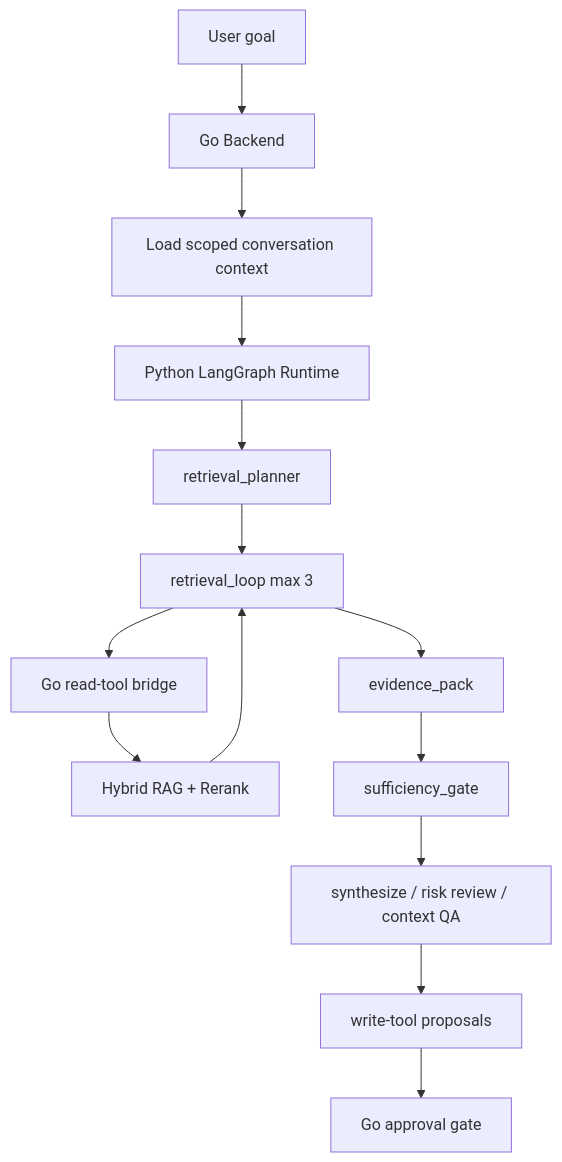
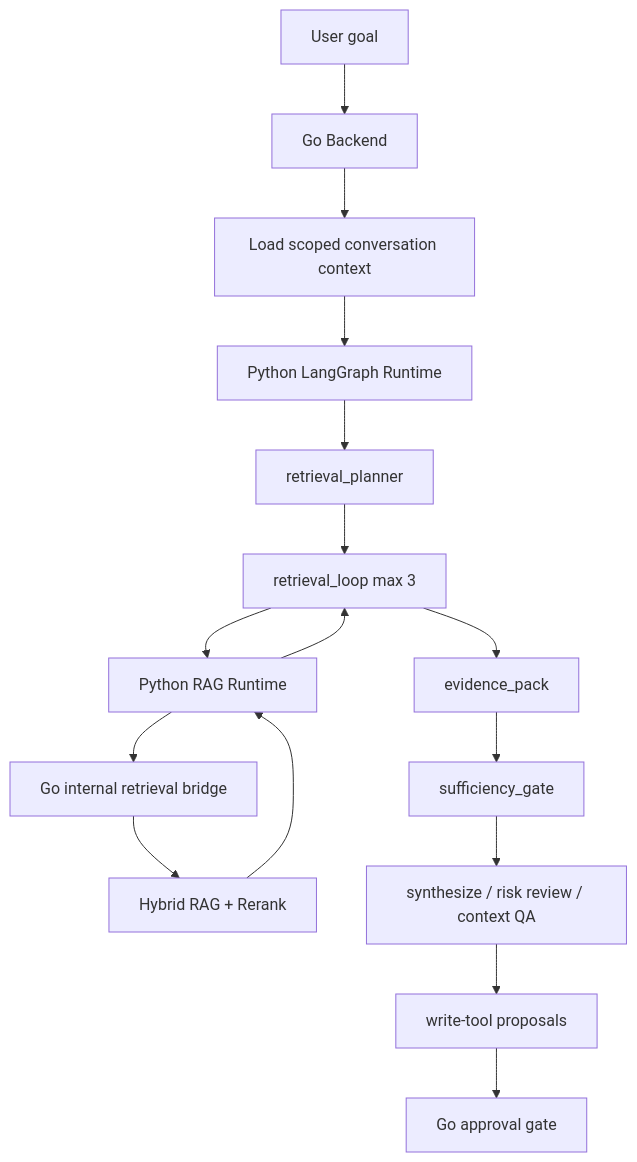
The diagram in docs/interview/agentic-rag.md (XianingY/AllCallAll), drawn with Mermaid before and after one commit. The commit also changed other lines of this file and 14 other files, not shown here.

````diff
--- a/docs/interview/agentic-rag.md
+++ b/docs/interview/agentic-rag.md
@@ -7,16 +7,18 @@
 ```mermaid
 flowchart TD
     U["User goal"] --> G["Go Backend"]
     G --> C["Load scoped conversation context"]
     C --> P["Python LangGraph Runtime"]
     P --> RP["retrieval_planner"]
     RP --> RL["retrieval_loop max 3"]
-    RL --> T["Go read-tool bridge"]
+    RL --> PRAG["Python RAG Runtime"]
+    PRAG --> T["Go internal retrieval bridge"]
     T --> RAG["Hybrid RAG + Rerank"]
-    RAG --> RL
+    RAG --> PRAG
+    PRAG --> RL
     RL --> EP["evidence_pack"]
     EP --> SG["sufficiency_gate"]
     SG --> SYN["synthesize / risk review / context QA"]
     SYN --> PROP["write-tool proposals"]
     PROP --> A["Go approval gate"]
 ```
````
